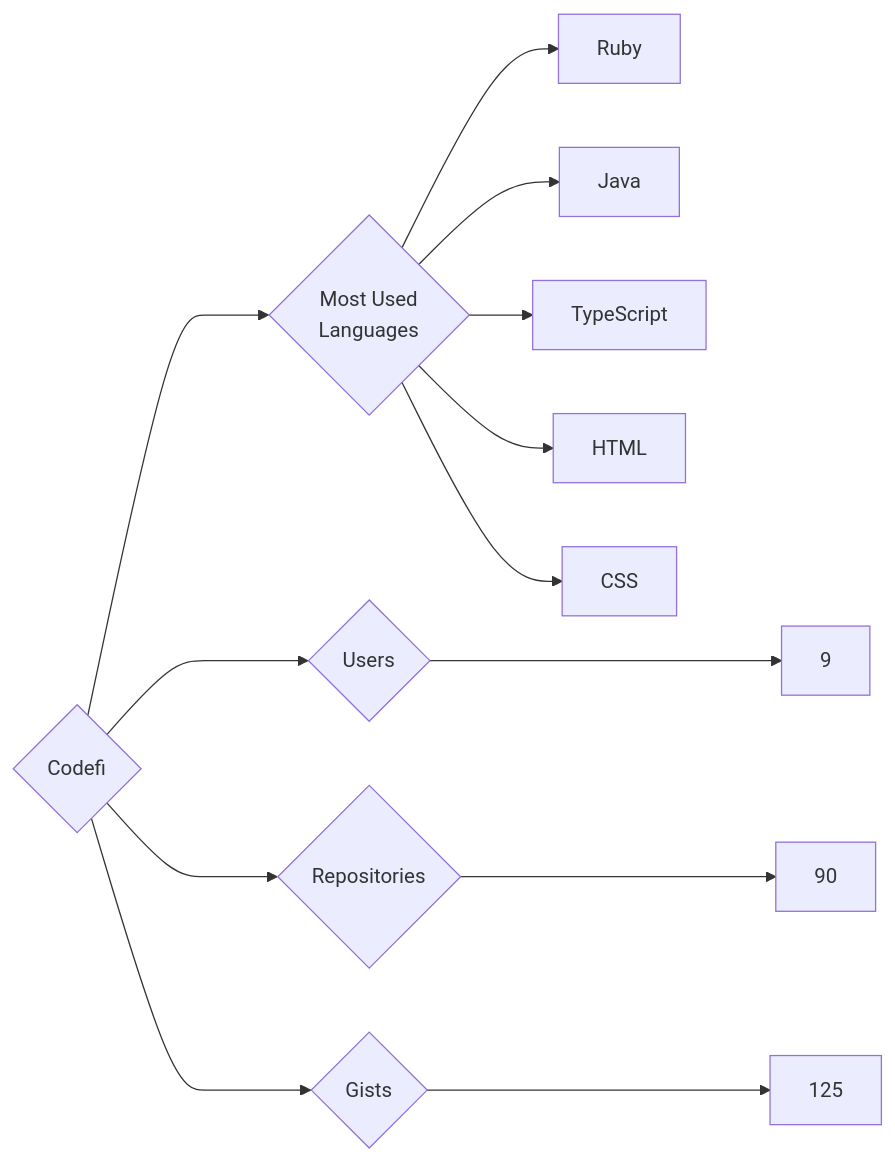
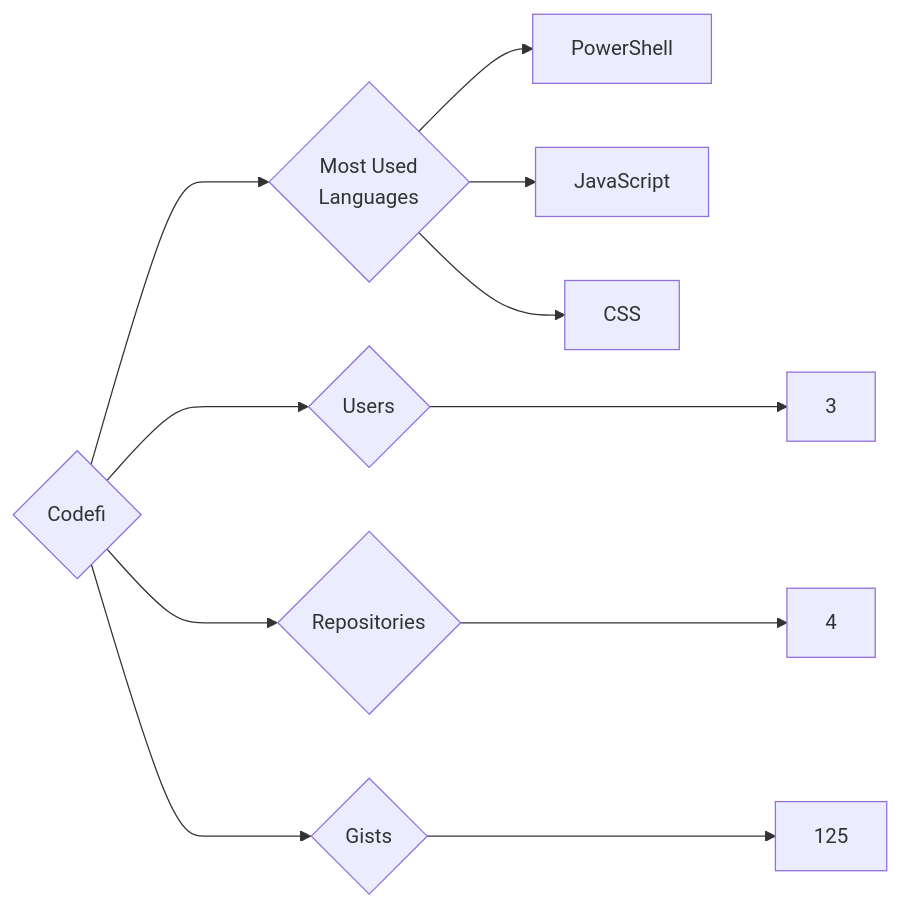
The diagram in targets/Codefi/README.md (trickest/insiders), drawn with Mermaid before and after one commit. The commit also changed 757 other files, not shown here.

````diff
--- a/targets/Codefi/README.md
+++ b/targets/Codefi/README.md
@@ -3,13 +3,11 @@
 ```mermaid
 graph LR
 COMPANY_NAME{Codefi}
-COMPANY_NAME ---> U{Users} ---> UN[9]
-COMPANY_NAME ---> R{Repositories} ---> RN[90]
+COMPANY_NAME ---> U{Users} ---> UN[3]
+COMPANY_NAME ---> R{Repositories} ---> RN[4]
 COMPANY_NAME ---> G{Gists} ---> GN[125]
 COMPANY_NAME ---> ML{Most Used<br>Languages}
-ML --> Ruby[Ruby]
-ML --> Java[Java]
-ML --> TypeScript[TypeScript]
-ML --> HTML[HTML]
+ML --> PowerShell[PowerShell]
+ML --> JavaScript[JavaScript]
 ML --> CSS[CSS]
 ```
````
